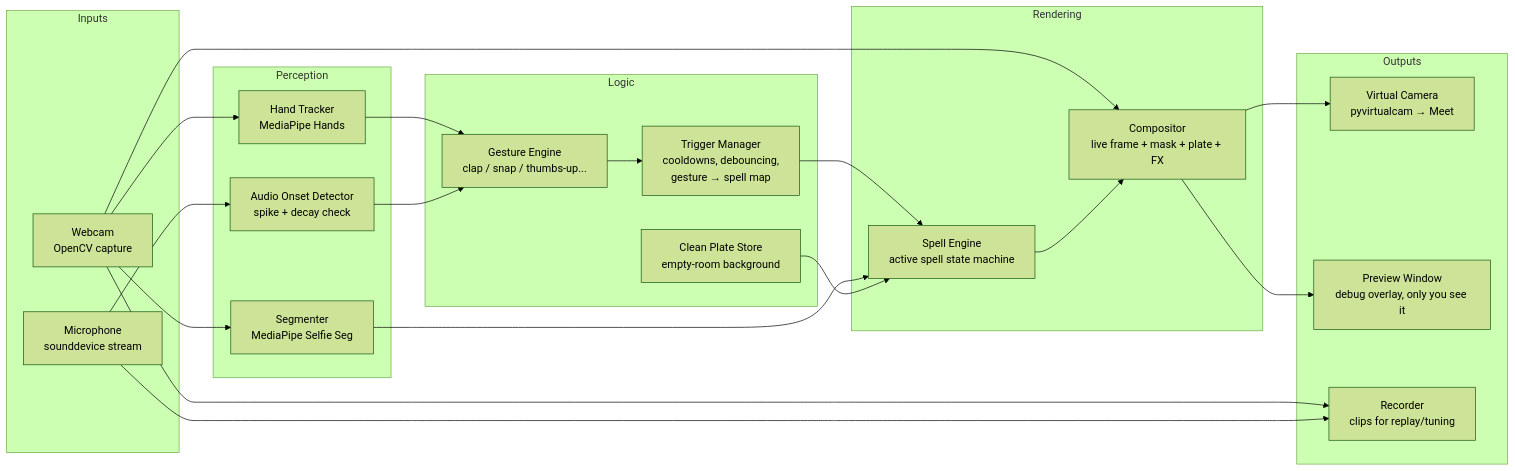
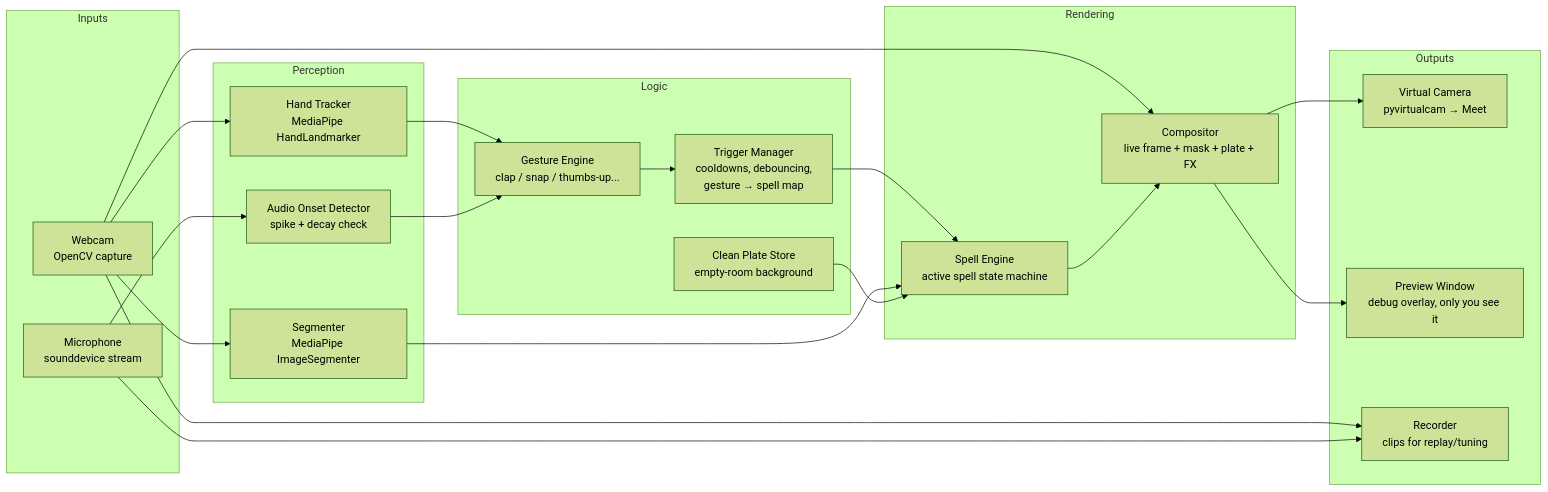
The first of 3 diagrams in docs/incanto-project-plan.md (KRKR1704/incanto_cam), drawn with Mermaid (forest theme) before and after one commit. The commit also changed other lines of this file and 3 other files, not shown here.

Commit message:
Use opencv-contrib-python only, pin dependency versions, update plan for MediaPipe Tasks API

````diff
--- a/docs/incanto-project-plan.md
+++ b/docs/incanto-project-plan.md
@@ -50,46 +50,46 @@
 ```mermaid
 flowchart LR
     subgraph Inputs
         CAM[Webcam<br/>OpenCV capture]
         MIC[Microphone<br/>sounddevice stream]
     end
 
     subgraph Perception
-        HANDS[Hand Tracker<br/>MediaPipe Hands]
-        SEG[Segmenter<br/>MediaPipe Selfie Seg]
+        HANDS[Hand Tracker<br/>MediaPipe HandLandmarker]
+        SEG[Segmenter<br/>MediaPipe ImageSegmenter]
         AUD[Audio Onset Detector<br/>spike + decay check]
     end
 
     subgraph Logic
         GEST[Gesture Engine<br/>clap / snap / thumbs-up...]
         TRIG[Trigger Manager<br/>cooldowns, debouncing,<br/>gesture → spell map]
         PLATE[Clean Plate Store<br/>empty-room background]
     end
 
     subgraph Rendering
         SPELLS[Spell Engine<br/>active spell state machine]
         COMP[Compositor<br/>live frame + mask + plate + FX]
     end
 
     subgraph Outputs
         VCAM[Virtual Camera<br/>pyvirtualcam → Meet]
         PREV[Preview Window<br/>debug overlay, only you see it]
         REC[Recorder<br/>clips for replay/tuning]
     end
 
     CAM --> HANDS
     CAM --> SEG
     CAM --> COMP
     MIC --> AUD
     HANDS --> GEST
     AUD --> GEST
     GEST --> TRIG
     TRIG --> SPELLS
     SEG --> SPELLS
     PLATE --> SPELLS
     SPELLS --> COMP
     COMP --> VCAM
     COMP --> PREV
     CAM --> REC
     MIC --> REC
 ```
````
